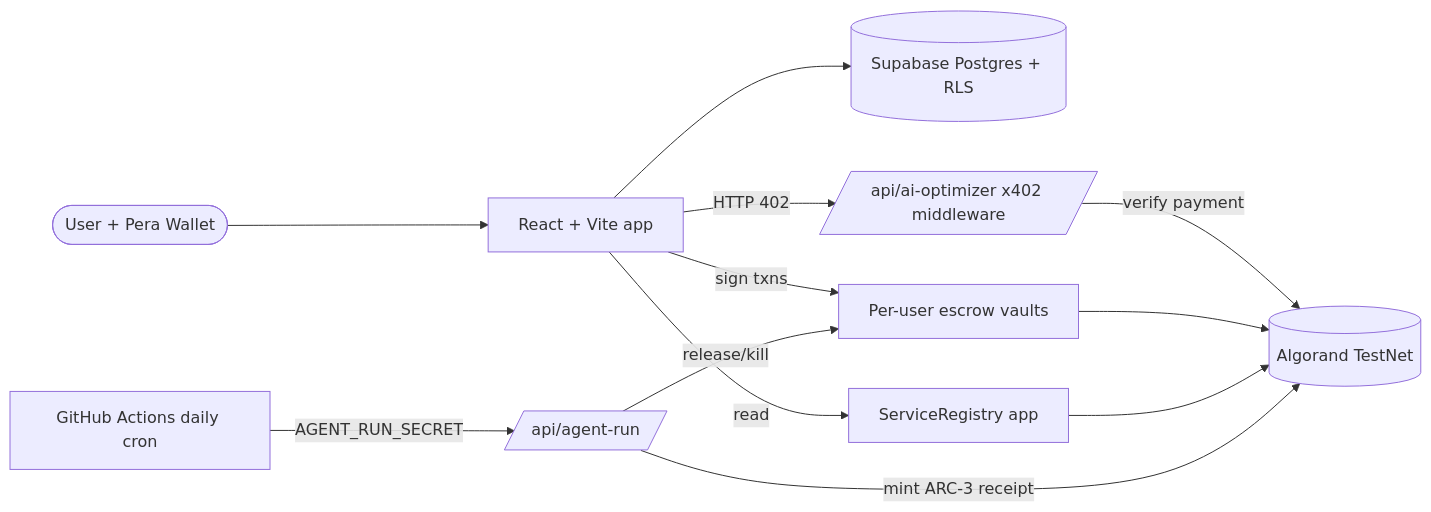
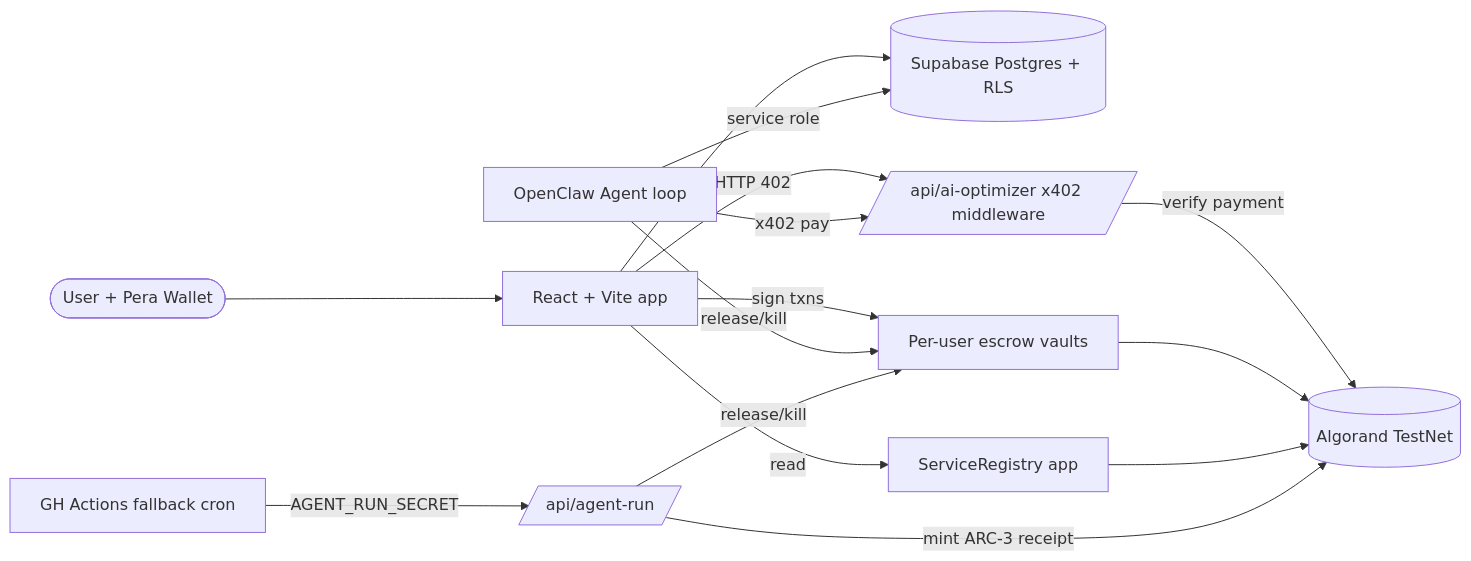
One commit to devndesigner6/unsubly changed the diagram in README.md. Above: the diagram before and after it, drawn with Mermaid. The commit also changed other lines of this file and 16 other files, not shown here.

First line of the commit message:
Implement OpenClaw autonomous payment agent with skills, migrations, and Algorand-native x402

````diff
--- a/README.md
+++ b/README.md
@@ -99,14 +99,17 @@
 ```mermaid
 flowchart LR
     User([User + Pera Wallet]) --> App[React + Vite app]
     App --> Supabase[(Supabase Postgres + RLS)]
     App -->|sign txns| Vaults[Per-user escrow vaults]
     App -->|read| Registry[ServiceRegistry app]
     App -->|HTTP 402| X402[/api/ai-optimizer x402 middleware/]
     X402 -->|verify payment| Algorand[(Algorand TestNet)]
     Vaults --> Algorand
     Registry --> Algorand
-    Cron[GitHub Actions daily cron] -->|AGENT_RUN_SECRET| AgentRun[/api/agent-run/]
+    Agent[OpenClaw Agent loop] -->|service role| Supabase
+    Agent -->|release/kill| Vaults
+    Agent -->|x402 pay| X402
+    Cron[GH Actions fallback cron] -->|AGENT_RUN_SECRET| AgentRun[/api/agent-run/]
     AgentRun -->|release/kill| Vaults
     AgentRun -->|mint ARC-3 receipt| Algorand
 ```
````
